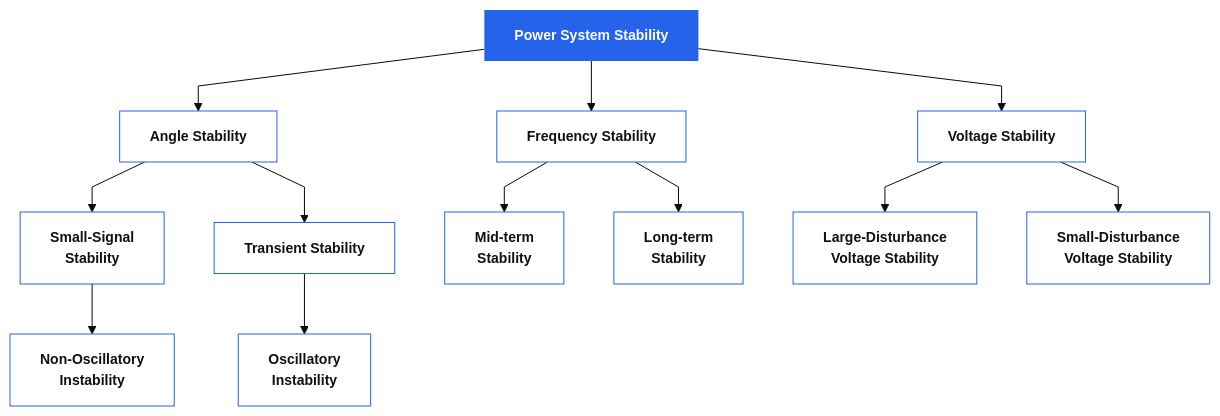
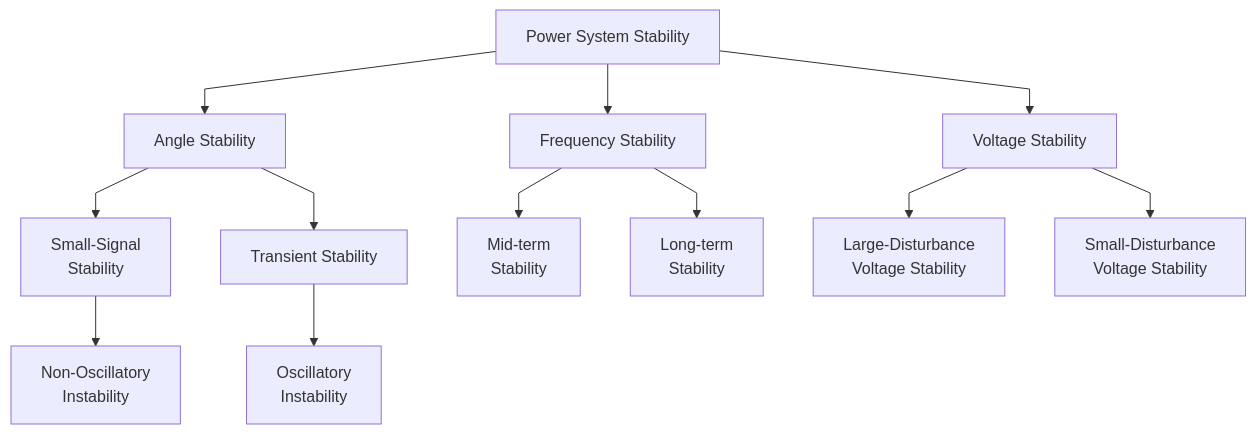
One commit to Gowtham-Mahendran/knowledge-hub changed the diagram in source/Power_systems/index.md. Above: the diagram before and after it, drawn with Mermaid. The commit also changed other lines of this file and 21 other files, not shown here.

````diff
--- a/source/Power_systems/index.md
+++ b/source/Power_systems/index.md
@@ -18,50 +18,41 @@
 ```mermaid
 %%| fig-align: center
-%%{init: {"theme": "base", "themeVariables": {
-  "primaryColor": "#000000ff",
-  "primaryTextColor": "#fff",
-  "fontSize": "14px",
-  "fontFamily": "Inter, sans-serif"
-  },
+%%{init: {
   "flowchart": {
     "curve": "linear"
   }
-  }}%%
+}}%%
 
 flowchart TD
     %% Root
     A["Power System Stability"]:::root
 
     %% Level 1
     A --> B["Angle Stability"]
     A --> C["Frequency Stability"]
     A --> D["Voltage Stability"]
 
     %% Rotor Angle Stability Branch
     B --> B1["Small-Signal<br>Stability"]
     B --> B2["Transient Stability"]
     B1 --> B3["Non-Oscillatory<br>Instability"]
     B2 --> B4["Oscillatory<br>Instability"]
 
     %% Frequency Stability Branch
     C --> C1["Mid-term<br>Stability"]
     C --> C2["Long-term<br>Stability"]
 
     %% Voltage Stability Branch
     D --> D1["Large-Disturbance<br>Voltage Stability"]
     D --> D2["Small-Disturbance<br>Voltage Stability"]
 
     %% Clickable Links
     click A "/stability/overview" "Overview of Power System Stability"
     click B "/stability/rotor-angle" "Rotor Angle Stability"
     click B1 "/stability/small-disturbance-angle" "Small Disturbance Angle Stability"
     click B2 "/stability/transient" "Transient Stability"
     click C "/stability/frequency" "Frequency Stability"
     click D "/stability/voltage" "Voltage Stability"
     click D1 "/stability/large-disturbance-voltage" "Large Disturbance Voltage Stability"
     click D2 "/stability/small-disturbance-voltage" "Small Disturbance Voltage Stability"
-
-    %% Styling
-    classDef root fill:#2563eb,color:#fff,stroke:none,font-weight:bold;
-    classDef default fill:#fff,stroke:#2563eb,stroke-width:1px,color:#111;
 ```
````
